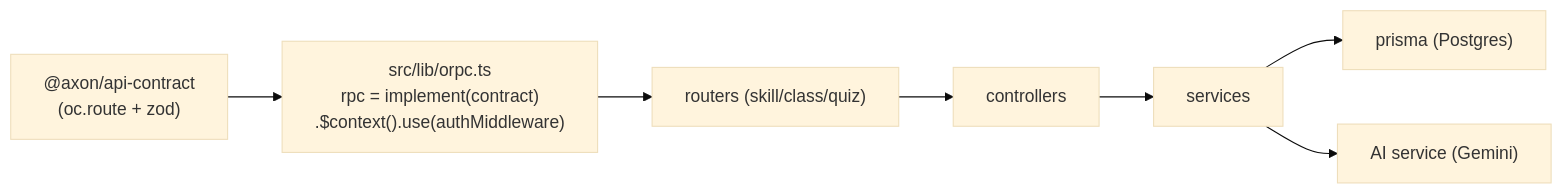
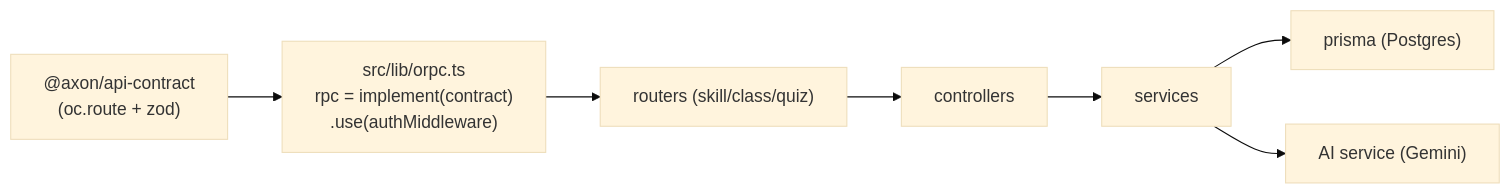
The second of 6 diagrams in knowledge-base/ARCHITECTURE.md (IAmPavelDev/axonpath), drawn with Mermaid (base theme) before and after one commit. The commit also changed other lines of this file and 4 other files, not shown here.

````diff
--- a/knowledge-base/ARCHITECTURE.md
+++ b/knowledge-base/ARCHITECTURE.md
@@ -96,9 +96,9 @@
 ```mermaid
 graph LR
-    A["@axon/api-contract\n(oc.route + zod)"] --> B["src/lib/orpc.ts\nrpc = implement(contract)\n.$context().use(authMiddleware)"]
+    A["@axon/api-contract\n(oc.route + zod)"] --> B["src/lib/orpc.ts\nrpc = implement(contract)\n.use(authMiddleware)"]
     B --> C["routers (skill/class/quiz)"]
     C --> D["controllers"]
     D --> E["services"]
     E --> F["prisma (Postgres)"]
     E --> G["AI service (Gemini)"]
 ```
````
